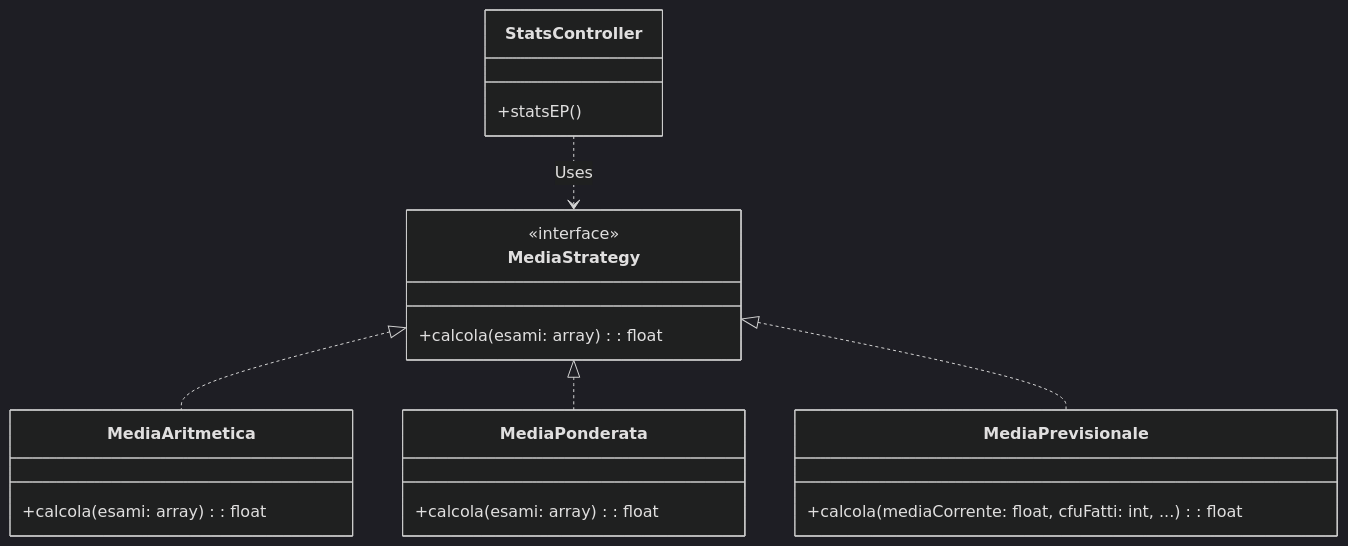
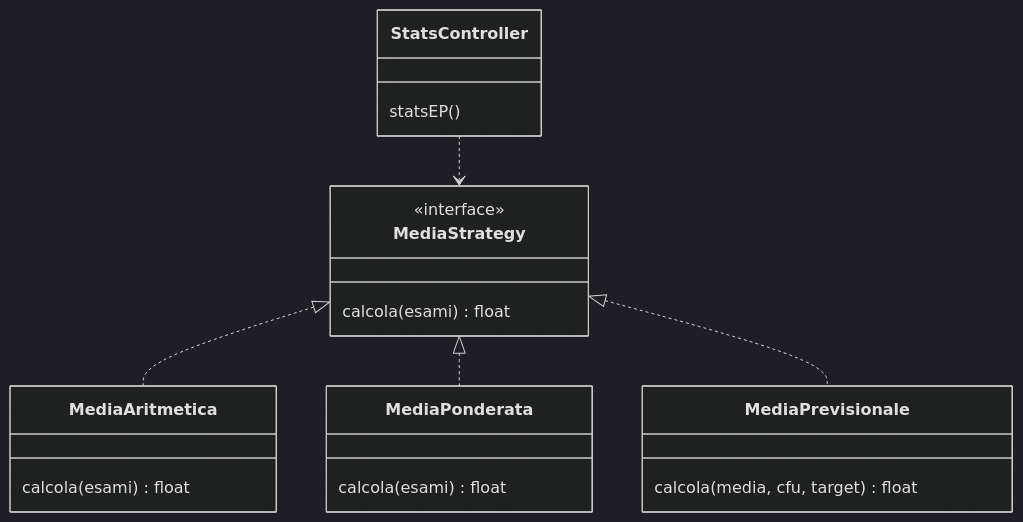
One commit to frankelfokou/Gestione-esami-universitari changed the first of 4 diagrams in README.md. Above: the diagram before and after it, drawn with Mermaid (dark theme). The commit also changed other lines of this file, not shown here.

Commit message:
mod: Diagramma delle Classi

````diff
--- a/README.md
+++ b/README.md
@@ -152,28 +151,28 @@
 ```mermaid
 classDiagram
     class MediaStrategy {
-        <<interface>>
-        +calcola(esami: array): float
+        calcola(esami) float
     }
+    <<interface>> MediaStrategy
 
     class MediaAritmetica {
-        +calcola(esami: array): float
+        calcola(esami) float
     }
 
     class MediaPonderata {
-        +calcola(esami: array): float
+        calcola(esami) float
     }
 
     class MediaPrevisionale {
-        +calcola(mediaCorrente: float, cfuFatti: int, ...): float
+        calcola(media, cfu, target) float
     }
 
     class StatsController {
-        +statsEP()
+        statsEP()
     }
 
     MediaStrategy <|.. MediaAritmetica
     MediaStrategy <|.. MediaPonderata
     MediaStrategy <|.. MediaPrevisionale
-    StatsController ..> MediaStrategy : Uses
+    StatsController ..> MediaStrategy
 ```
````
